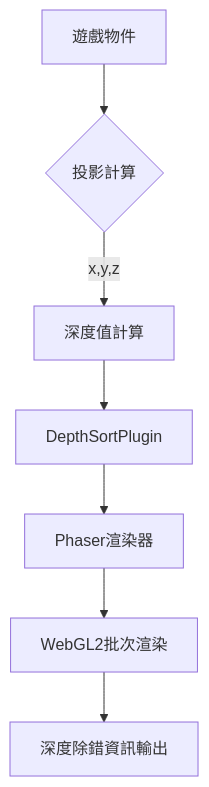
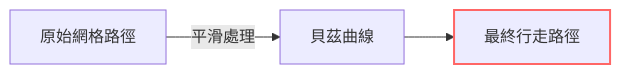
One commit to ainlee/WebRPG changed the second of 5 diagrams in spec.md. Above: the diagram before and after it, drawn with Mermaid. The commit also changed other lines of this file and 42 other files, not shown here.

````diff
--- a/spec.md
+++ b/spec.md
@@ -215,9 +63,6 @@
 ```mermaid
-flowchart TD
-    A[遊戲物件] --> B{投影計算}
-    B -->|x,y,z| C[深度值計算]
-    C --> D[DepthSortPlugin]
-    D --> E[Phaser渲染器]
-    E --> F[WebGL2批次渲染]
-    F --> G[深度除錯資訊輸出]
+graph LR
+    A[原始網格路徑] -->|平滑處理| B[貝茲曲線]
+    B --> C[最終行走路徑]
+    style C stroke:#f66,stroke-width:2px
 ```
````
